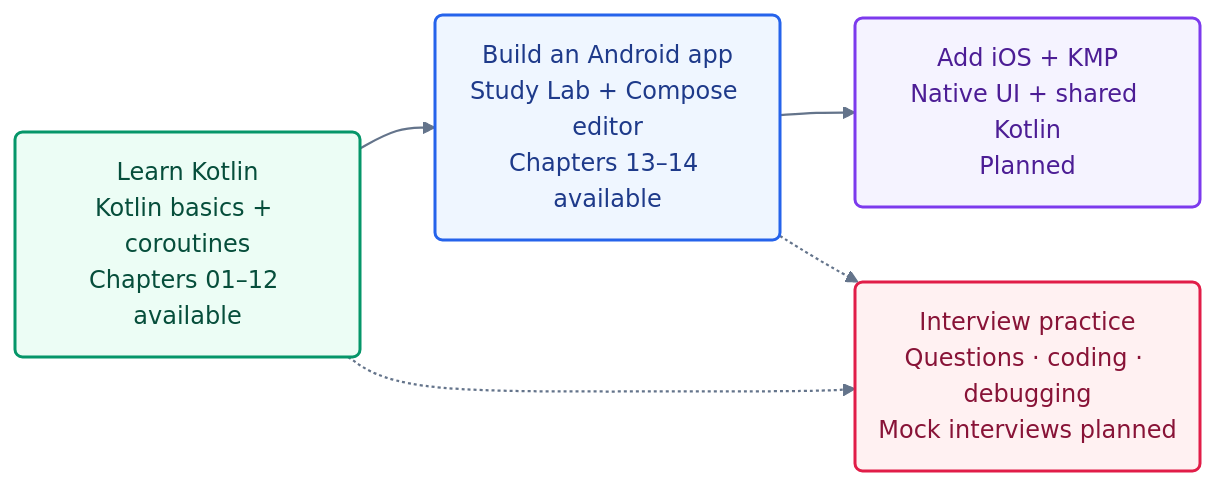
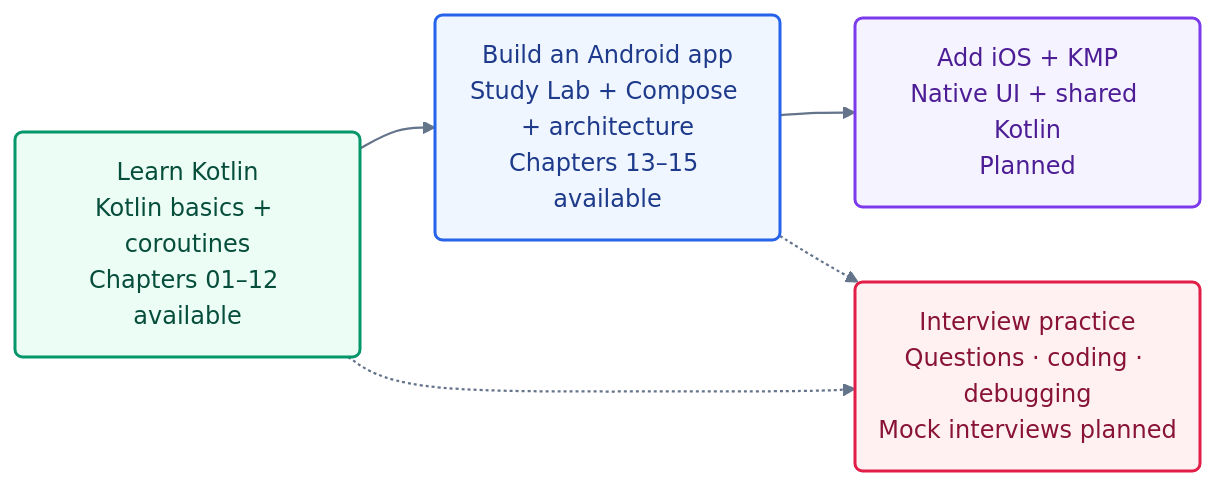
Before and after one commit to roshanevala/Kotlin-101-The-Mobile-Workshop: the diagram in README.md, drawn with Mermaid. The commit also changed other lines of this file and 32 other files, not shown here.

Commit message:
feat: add chapter 15 Android app architecture

````diff
--- a/README.md
+++ b/README.md
@@ -11,20 +11,20 @@
 ```mermaid
 flowchart LR
     accTitle: From Kotlin basics to a mobile app and interview practice
     accDescr: Start with the available Kotlin lessons. Build an Android app, then add iOS and shared Kotlin logic in planned stages. Practise lesson questions and debugging along the way; dedicated coding challenges and mock interviews are planned.
 
     K("Learn Kotlin<br/>Kotlin basics + coroutines<br/>Chapters 01–12 available"):::basics
-    A("Build an Android app<br/>Study Lab + Compose editor<br/>Chapters 13–14 available"):::android
+    A("Build an Android app<br/>Study Lab + Compose + architecture<br/>Chapters 13–15 available"):::android
     M("Add iOS + KMP<br/>Native UI + shared Kotlin<br/>Planned"):::multiplatform
     I("Interview practice<br/>Questions · coding · debugging<br/>Mock interviews planned"):::interview
 
     K --> A --> M
     K -.-> I
     A -.-> I
 
     classDef basics fill:#ecfdf5,stroke:#059669,color:#064e3b,stroke-width:2px
     classDef android fill:#eff6ff,stroke:#2563eb,color:#1e3a8a,stroke-width:2px
     classDef multiplatform fill:#f5f3ff,stroke:#7c3aed,color:#4c1d95,stroke-width:2px
     classDef interview fill:#fff1f2,stroke:#e11d48,color:#881337,stroke-width:2px
     linkStyle default stroke:#64748b,stroke-width:1.5px
 ```
````
